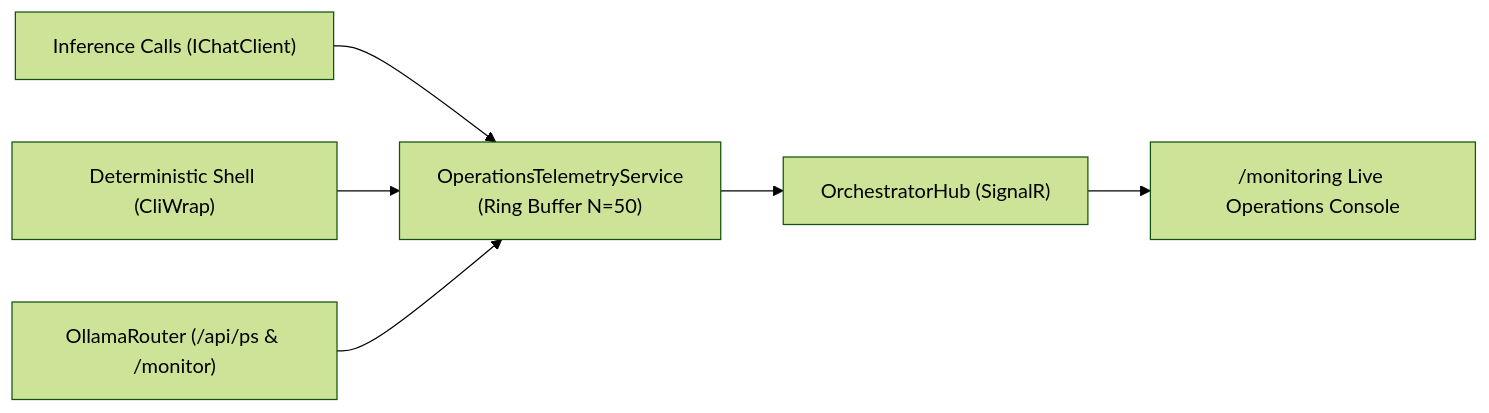
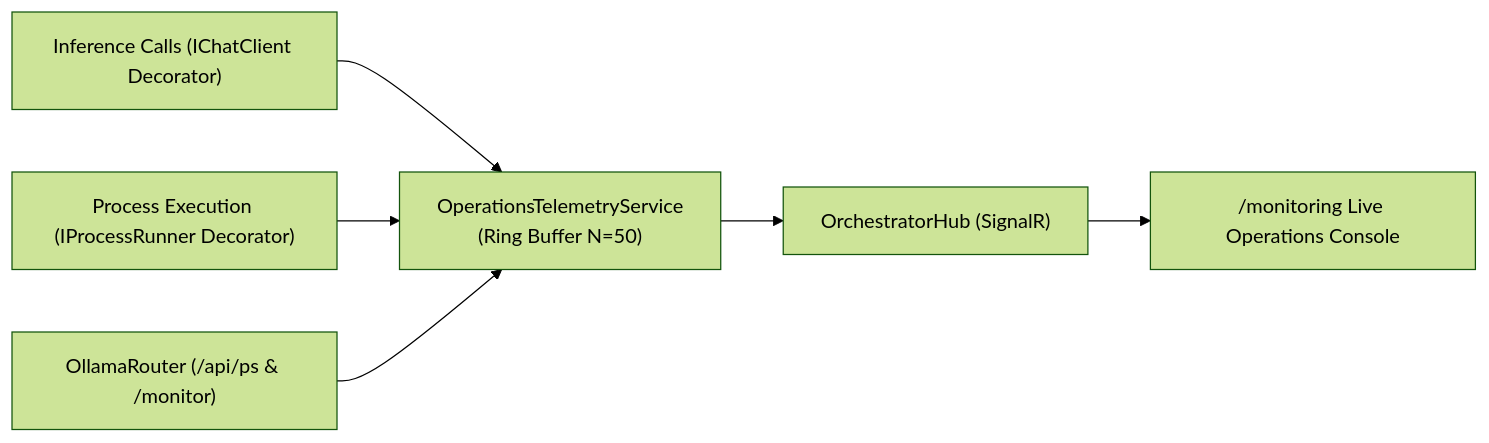
One commit to jetelain/NightCodeForge changed the seventh of 7 diagrams in docs/plan/11_EXTEND_FEATURES.md. Above: the diagram before and after it, drawn with Mermaid (forest theme). The commit also changed other lines of this file and 35 other files, not shown here.

Commit message:
Step 11.18: Live Operations Telemetry: Real-Time LLM Calls, Shell Activity & OllamaRouter Deep Monitoring

````diff
--- a/docs/plan/11_EXTEND_FEATURES.md
+++ b/docs/plan/11_EXTEND_FEATURES.md
@@ -148,8 +148,8 @@
 ```mermaid
 flowchart LR
-    LLM["Inference Calls (IChatClient)"] --> Telemetry["OperationsTelemetryService<br/>(Ring Buffer N=50)"]
-    Shell["Deterministic Shell (CliWrap)"] --> Telemetry
+    LLM["Inference Calls (IChatClient Decorator)"] --> Telemetry["OperationsTelemetryService<br/>(Ring Buffer N=50)"]
+    Shell["Process Execution (IProcessRunner Decorator)"] --> Telemetry
     Router["OllamaRouter (/api/ps & /monitor)"] --> Telemetry
     Telemetry --> Hub["OrchestratorHub (SignalR)"]
     Hub --> MonitorUI["/monitoring Live Operations Console"]
 ```
````
